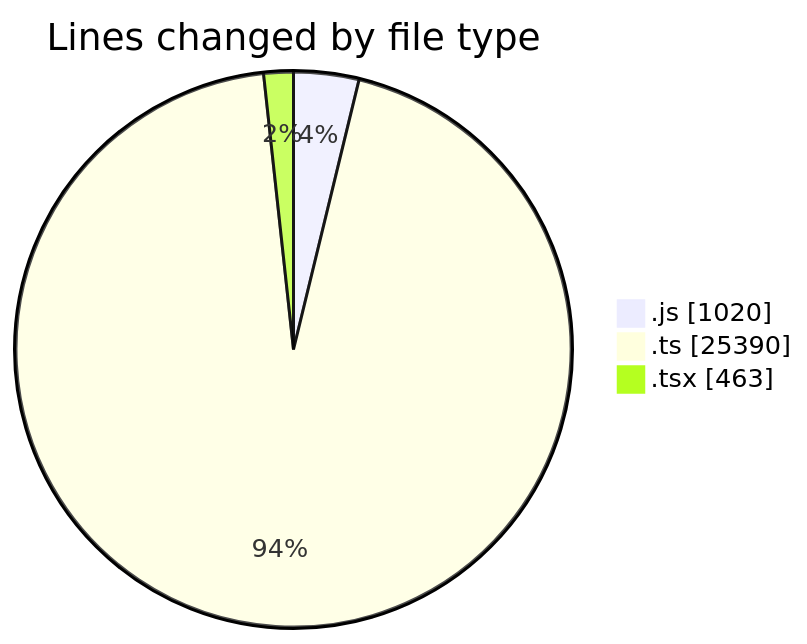
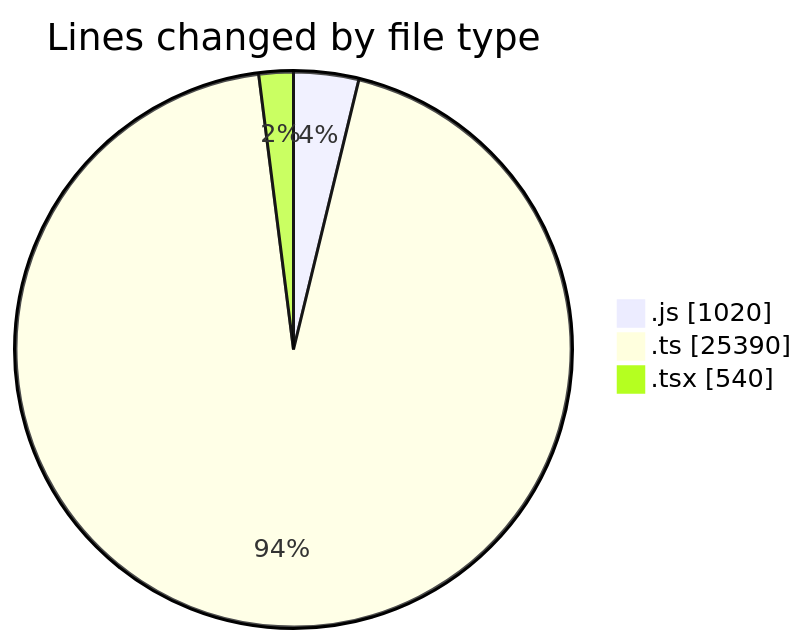
Before and after one commit to momahboobian/code-tracking: the first of 2 diagrams in 2026-01-15/cda/README.md, drawn with Mermaid. The commit also changed other lines of this file and 1 other file, not shown here.

````diff
--- a/2026-01-15/cda/README.md
+++ b/2026-01-15/cda/README.md
@@ -30,7 +31,7 @@
 ```mermaid
 pie showData
 title Lines changed by file type
 ".js" : 1020
 ".ts" : 25390
-".tsx" : 463
+".tsx" : 540
 ```
````
